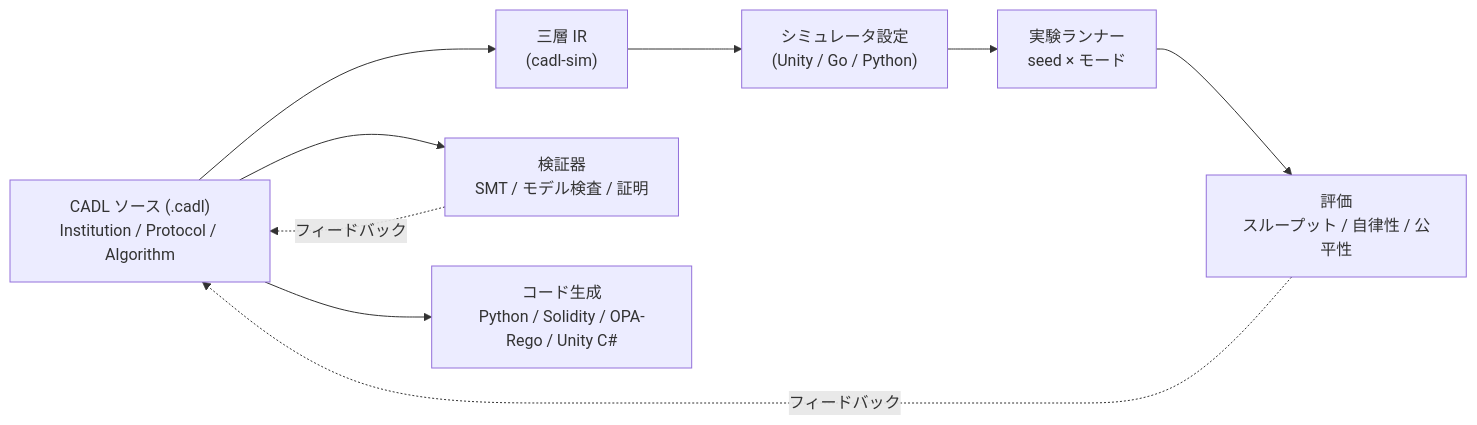
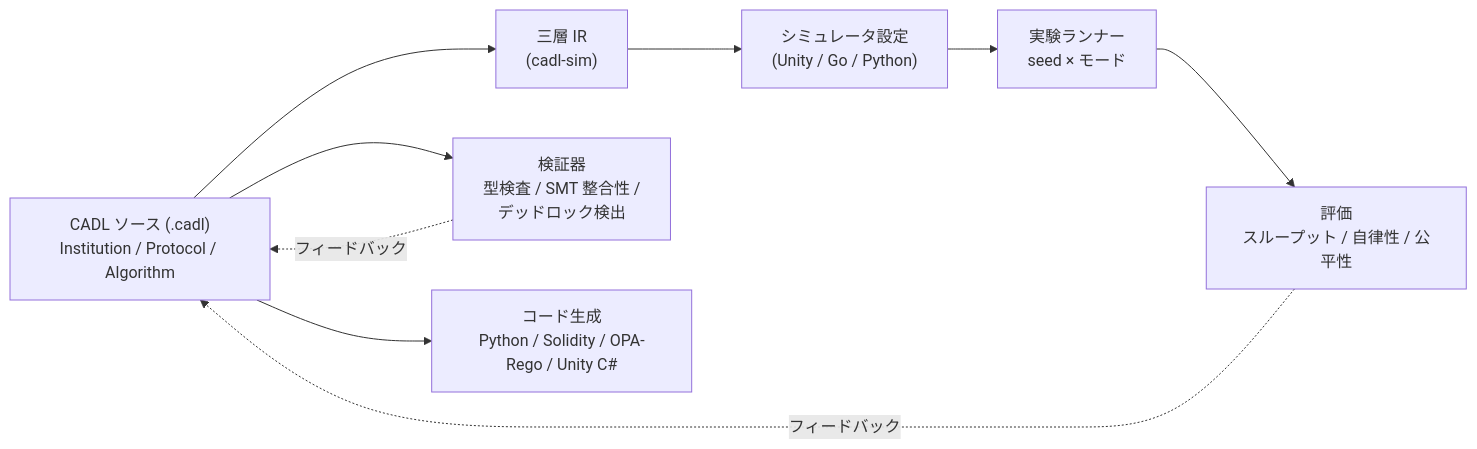
One commit to ertlnagoya/cadl-spec changed the diagram in i18n/ja/docusaurus-plugin-content-docs/current/spec/intro.md. Above: the diagram before and after it, drawn with Mermaid. The commit also changed 5 other files, not shown here.

````diff
--- a/i18n/ja/docusaurus-plugin-content-docs/current/spec/intro.md
+++ b/i18n/ja/docusaurus-plugin-content-docs/current/spec/intro.md
@@ -30,19 +30,19 @@
 ```mermaid
 flowchart LR
     SRC["CADL ソース (.cadl)<br/>Institution / Protocol / Algorithm"]
     IR["三層 IR<br/>(cadl-sim)"]
-    VER["検証器<br/>SMT / モデル検査 / 証明"]
+    VER["検証器<br/>型検査 / SMT 整合性 /<br/>デッドロック検出"]
     CFG["シミュレータ設定<br/>(Unity / Go / Python)"]
     CODE["コード生成<br/>Python / Solidity / OPA-Rego / Unity C#"]
     EXP["実験ランナー<br/>seed × モード"]
     EVAL["評価<br/>スループット / 自律性 / 公平性"]
 
     SRC --> VER
     SRC --> CODE
     SRC --> IR
     IR --> CFG
     CFG --> EXP
     EXP --> EVAL
     VER -. フィードバック .-> SRC
     EVAL -. フィードバック .-> SRC
 ```
````
